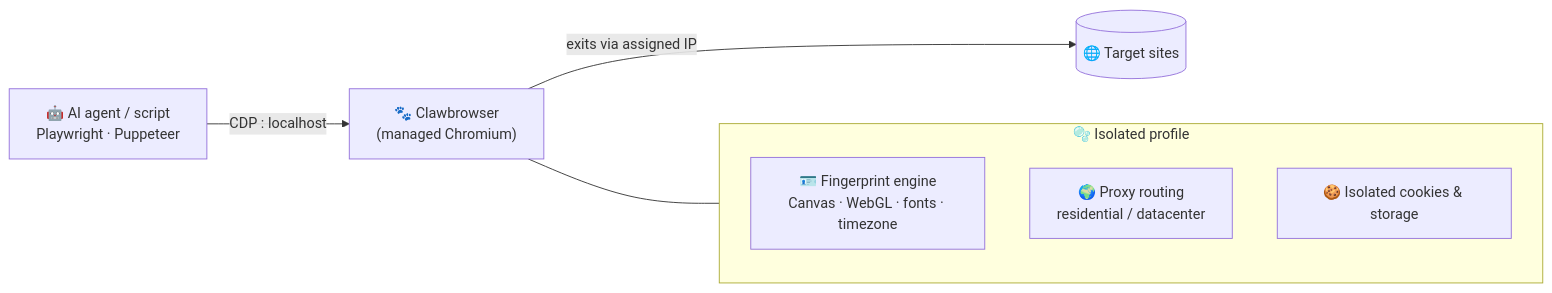
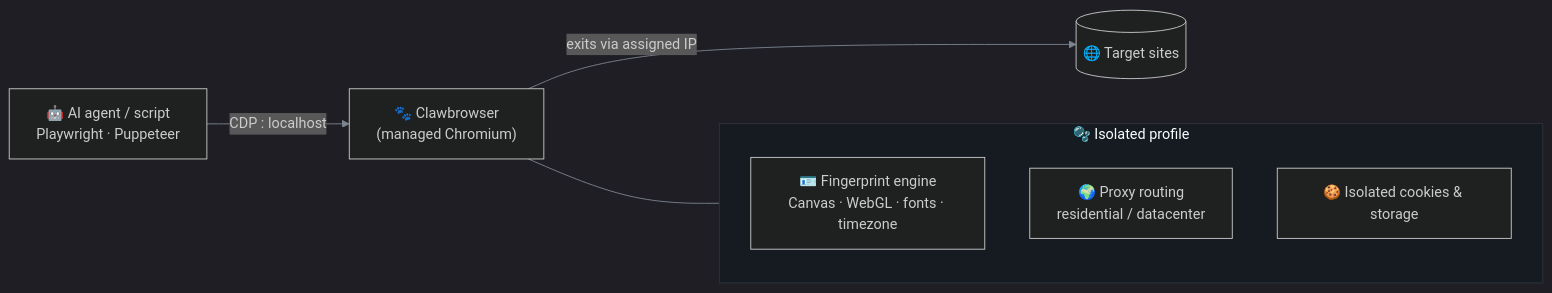
Before and after one commit to clawbrowser/clawbrowser: the first of 2 diagrams in README.md, drawn with Mermaid. The commit also changed other lines of this file, not shown here.

````diff
--- a/README.md
+++ b/README.md
@@ -53,16 +53,17 @@
 ```mermaid
+%%{init: {'theme':'dark', 'themeVariables': {'background':'#0d1117','primaryColor':'#161b22','primaryTextColor':'#e6edf3','primaryBorderColor':'#30363d','lineColor':'#7d8590','clusterBkg':'#161b22','clusterBorder':'#30363d'}}}%%
 flowchart LR
     Agent["🤖 AI agent / script<br/>Playwright · Puppeteer"]
     Browser["🐾 Clawbrowser<br/>(managed Chromium)"]
     subgraph Profile["🫧 Isolated profile"]
         direction TB
         FP["🪪 Fingerprint engine<br/>Canvas · WebGL · fonts · timezone"]
         PX["🌍 Proxy routing<br/>residential / datacenter"]
         CK["🍪 Isolated cookies & storage"]
     end
     Sites[("🌐 Target sites")]
 
     Agent -->|"CDP : localhost"| Browser
     Browser --- Profile
     Browser -->|"exits via assigned IP"| Sites
 ```
````
